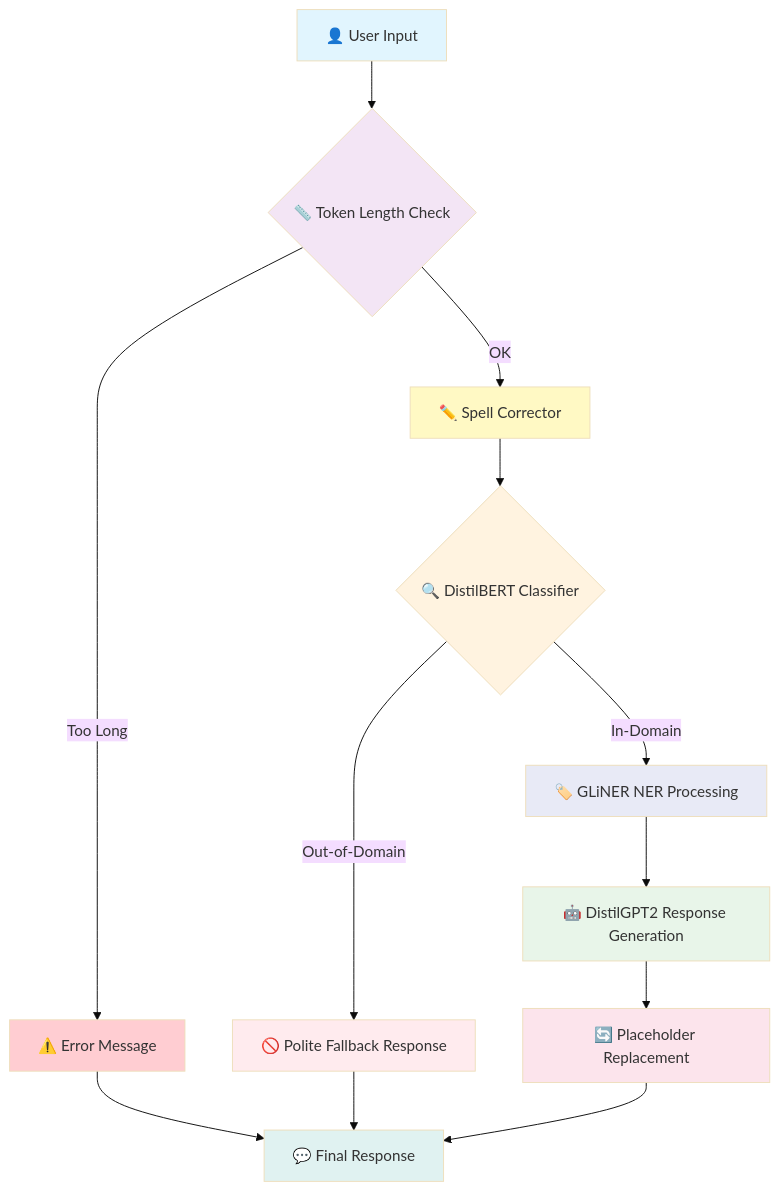
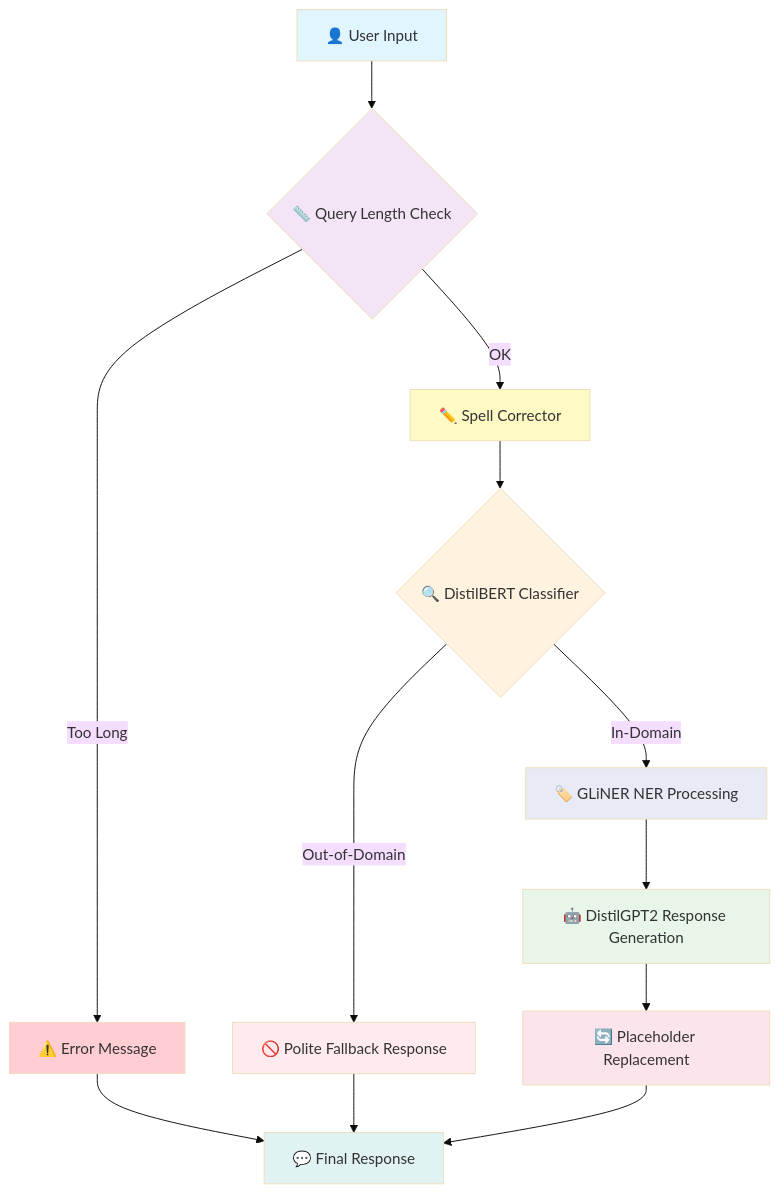
The diagram in README.md (JustToTryModels/IMAGES), drawn with Mermaid (base theme) before and after one commit. The commit also changed other lines of this file, not shown here.

````diff
--- a/README.md
+++ b/README.md
@@ -134,25 +135,25 @@
 ```mermaid
 graph TB
-    A[👤 User Input] --> B{📏 Token Length Check}
+    A[👤 User Input] --> B{📏 Query Length Check}
     B -->|Too Long| C[⚠️ Error Message]
     B -->|OK| D[✏️ Spell Corrector]
     D --> E{🔍 DistilBERT Classifier}
     E -->|Out-of-Domain| F[🚫 Polite Fallback Response]
     E -->|In-Domain| G[🏷️ GLiNER NER Processing]
     G --> H[🤖 DistilGPT2 Response Generation]
     H --> I[🔄 Placeholder Replacement]
     I --> J[💬 Final Response]
     C --> J
     F --> J
     
     style A fill:#e1f5fe
     style B fill:#f3e5f5
     style C fill:#ffcdd2
     style D fill:#fff9c4
     style E fill:#fff3e0
     style F fill:#ffebee
     style G fill:#e8eaf6
     style H fill:#e8f5e9
     style I fill:#fce4ec
     style J fill:#e0f2f1
 ```
````
